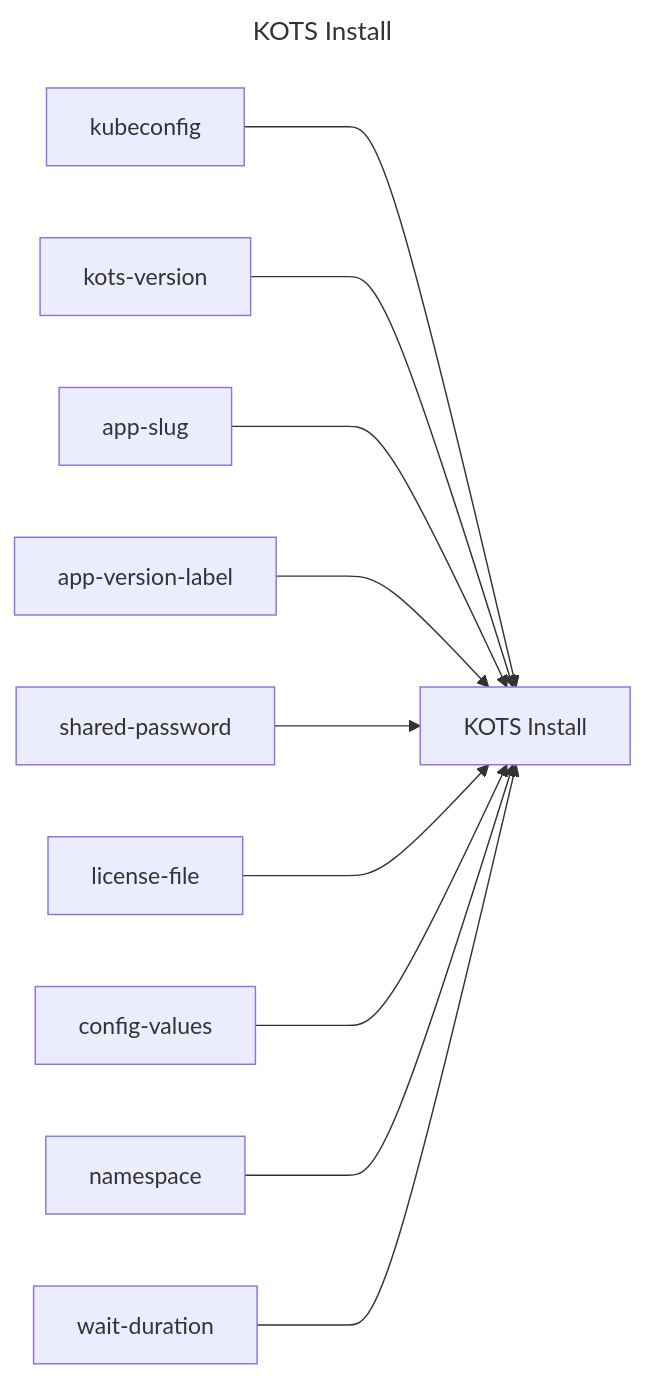
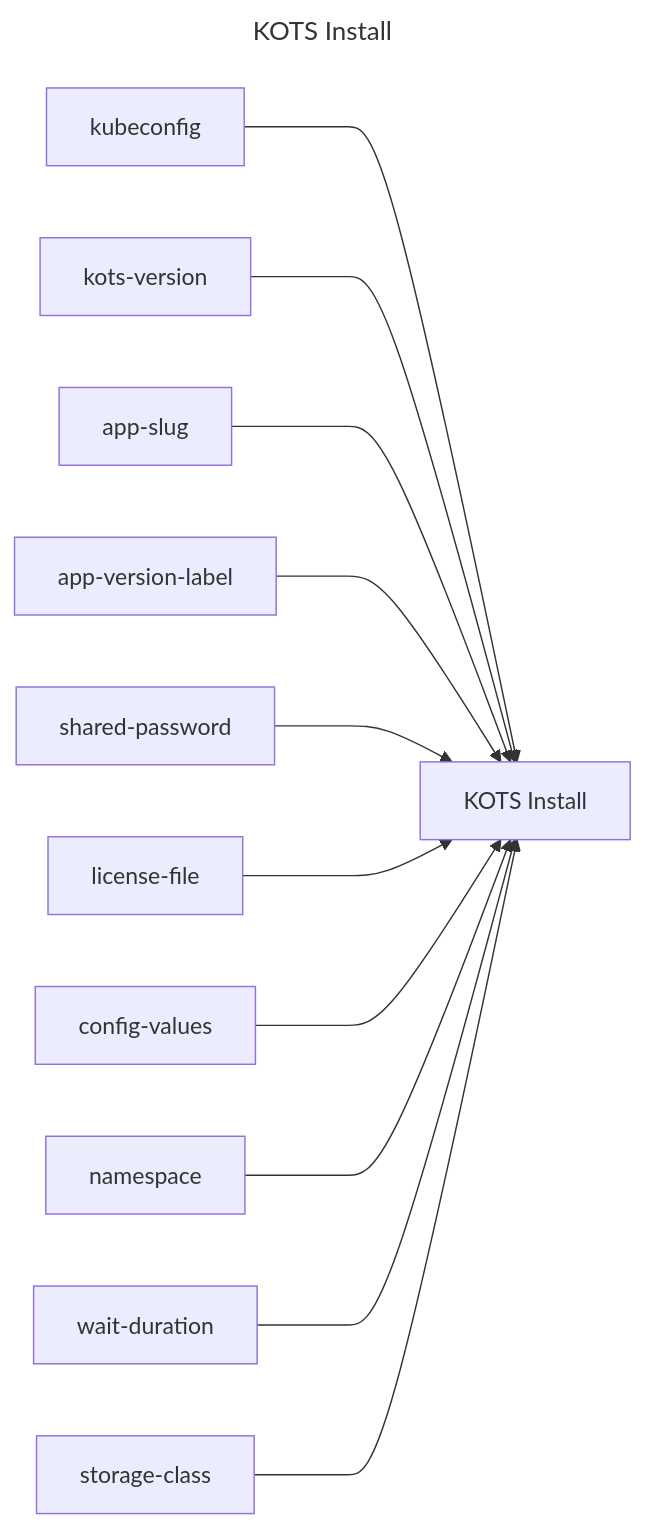
The diagram in kots-install/README.md (replicatedhq/replicated-actions), drawn with Mermaid before and after one commit. The commit also changed other lines of this file and 9 other files, not shown here.

````diff
--- a/kots-install/README.md
+++ b/kots-install/README.md
@@ -3,25 +3,27 @@
 ```mermaid
 ---
 title: KOTS Install
 ---
 graph LR
 kots_install["KOTS Install"]
 kubeconfig["kubeconfig"]
 kots_version["kots-version"]
 app_slug["app-slug"]
 app_version_label["app-version-label"]
 shared_password["shared-password"]
 license_file["license-file"]
 config_values["config-values"]
 namespace["namespace"]
 wait_duration["wait-duration"]
+storage_class["storage-class"]
 kubeconfig ---> kots_install
 kots_version ---> kots_install
 app_slug ---> kots_install
 app_version_label ---> kots_install
 shared_password ---> kots_install
 license_file ---> kots_install
 config_values ---> kots_install
 namespace ---> kots_install
 wait_duration ---> kots_install
+storage_class ---> kots_install
 ```
````
